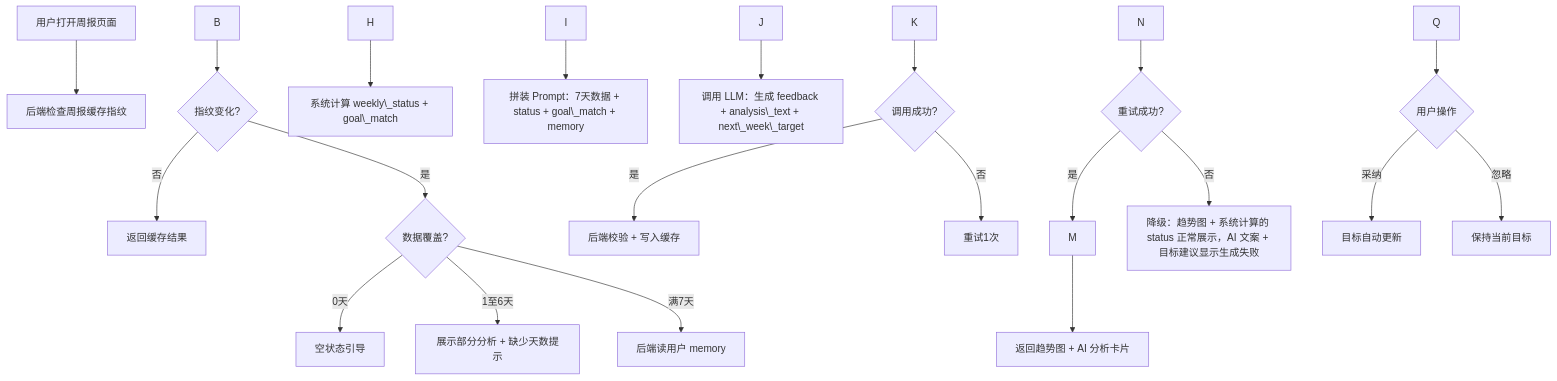
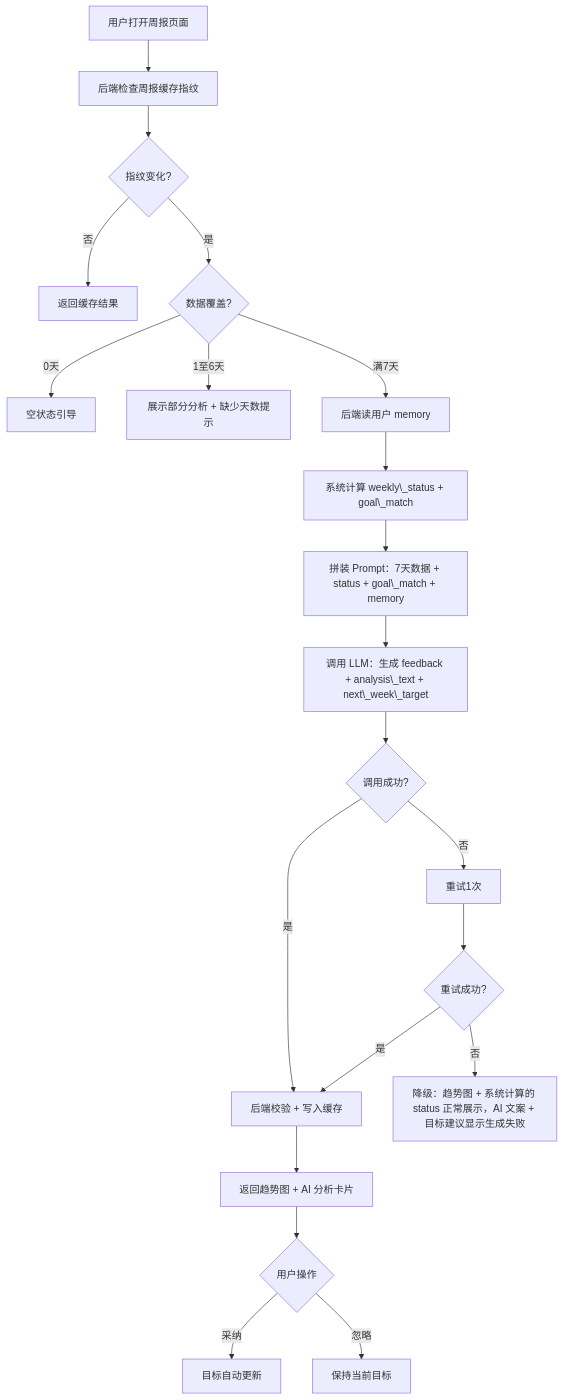
The eighth of 10 diagrams in docs/食光记-PRD-最终版.md (BB-BOO/shiguangji), drawn with Mermaid before and after one commit. The commit also changed other lines of this file and 3 other files, not shown here.

````diff
--- a/docs/食光记-PRD-最终版.md
+++ b/docs/食光记-PRD-最终版.md
@@ -559,23 +559,23 @@
 ```mermaid
 flowchart TD
-    A\[用户打开周报页面] --> B\[后端检查周报缓存指纹]
+    A[用户打开周报页面] --> B[后端检查周报缓存指纹]
     B --> C{指纹变化?}
-    C -->|否| D\[返回缓存结果]
+    C -->|否| D[返回缓存结果]
     C -->|是| E{数据覆盖?}
-    E -->|0天| F\[空状态引导]
-    E -->|1至6天| G\[展示部分分析 + 缺少天数提示]
-    E -->|满7天| H\[后端读用户 memory]
-    H --> I\[系统计算 weekly\_status + goal\_match]
-    I --> J\[拼装 Prompt：7天数据 + status + goal\_match + memory]
-    J --> K\[调用 LLM：生成 feedback + analysis\_text + next\_week\_target]
+    E -->|0天| F[空状态引导]
+    E -->|1至6天| G[展示部分分析 + 缺少天数提示]
+    E -->|满7天| H[后端读用户 memory]
+    H --> I[系统计算 weekly\_status + goal\_match]
+    I --> J[拼装 Prompt：7天数据 + status + goal\_match + memory]
+    J --> K[调用 LLM：生成 feedback + analysis\_text + next\_week\_target]
     K --> L{调用成功?}
-    L -->|是| M\[后端校验 + 写入缓存]
-    L -->|否| N\[重试1次]
+    L -->|是| M[后端校验 + 写入缓存]
+    L -->|否| N[重试1次]
     N --> O{重试成功?}
     O -->|是| M
-    O -->|否| P\[降级：趋势图 + 系统计算的 status 正常展示，AI 文案 + 目标建议显示生成失败]
-    M --> Q\[返回趋势图 + AI 分析卡片]
+    O -->|否| P[降级：趋势图 + 系统计算的 status 正常展示，AI 文案 + 目标建议显示生成失败]
+    M --> Q[返回趋势图 + AI 分析卡片]
     Q --> R{用户操作}
-    R -->|采纳| S\[目标自动更新]
-    R -->|忽略| T\[保持当前目标]
+    R -->|采纳| S[目标自动更新]
+    R -->|忽略| T[保持当前目标]
 ```
````
